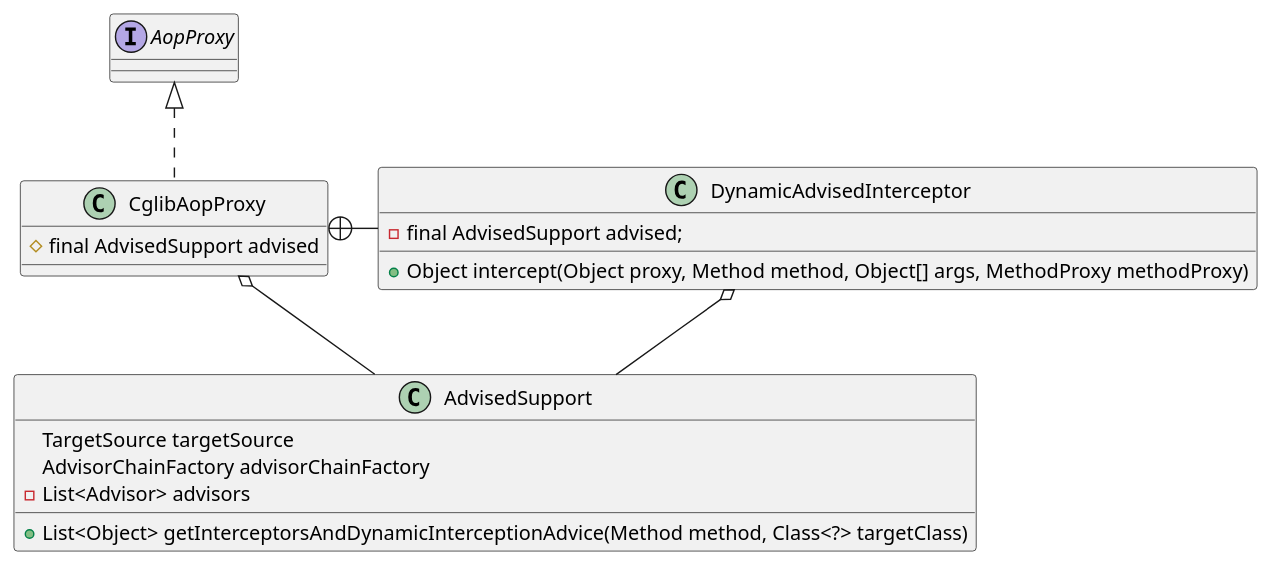
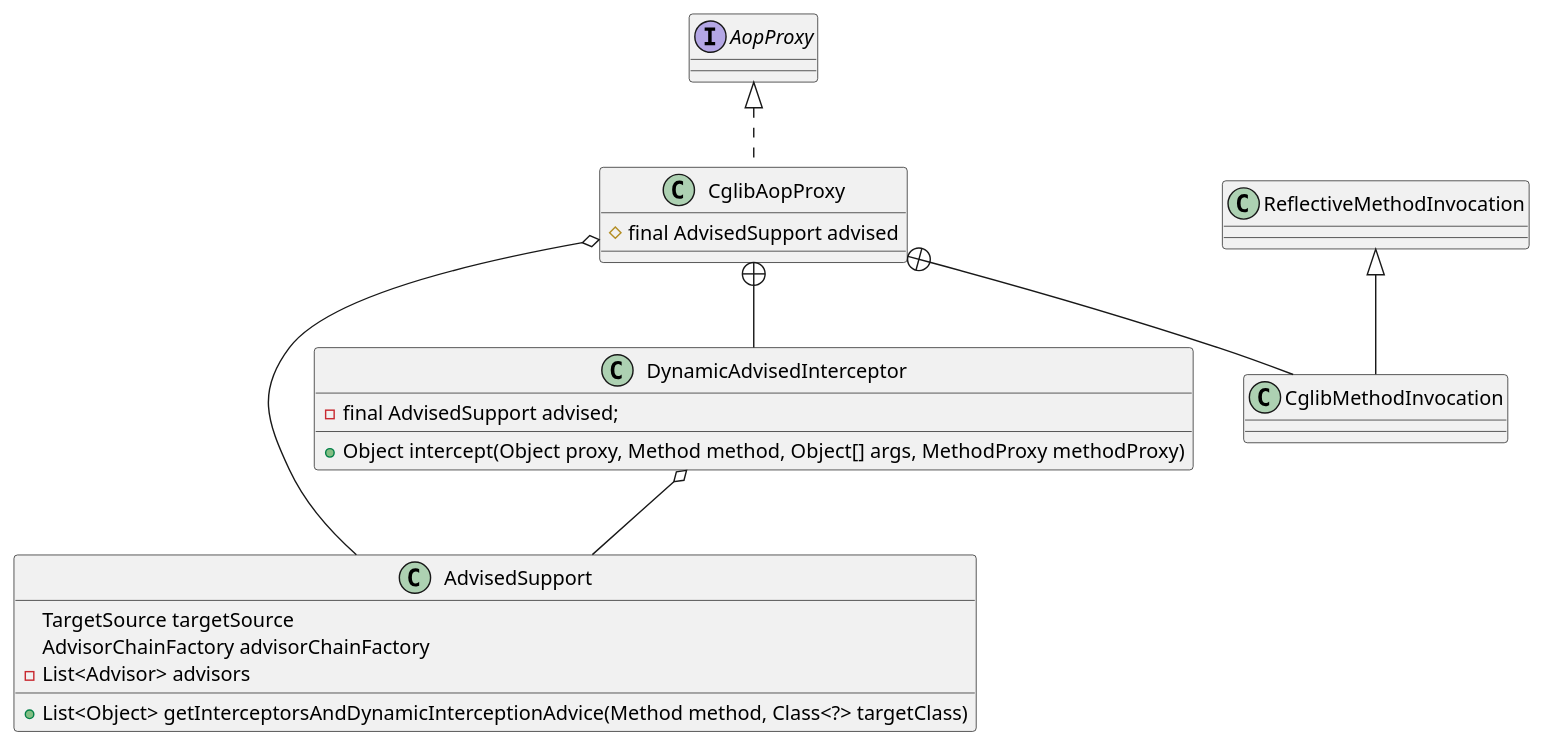
Before and after one commit to onlyonion/development: the diagram in 20-framework/src/spring/spring-aop/framework/CglibAopProxy.md, drawn with PlantUML. The commit also changed other lines of this file and 72 other files, not shown here.

````diff
--- a/20-framework/src/spring/spring-aop/framework/CglibAopProxy.md
+++ b/20-framework/src/spring/spring-aop/framework/CglibAopProxy.md
@@ -3,31 +15,39 @@
 ```plantuml
 @startuml
 
 interface AopProxy
+
+'''''''''''''''''''''''' CglibAopProxy '''''''''''''''''''''''''''''
 class CglibAopProxy {
     # final AdvisedSupport advised
-    
 }
 AopProxy <|.. CglibAopProxy
 
-' 通知支撑
+'''''''''''''''''''''''' 通知支撑 '''''''''''''''''''''''''''''
 class AdvisedSupport {
     TargetSource targetSource
     AdvisorChainFactory advisorChainFactory
     - List<Advisor> advisors
     
     + List<Object> getInterceptorsAndDynamicInterceptionAdvice(Method method, Class<?> targetClass)
 }
 CglibAopProxy o-- AdvisedSupport
 
-
-' 内部类
+'''''''''''''''''''''''' 内部类 '''''''''''''''''''''''''''''
+'''''''''''''''''''''''' DynamicAdvisedInterceptor '''''''''''''''''''''''''''''
 class DynamicAdvisedInterceptor {
     - final AdvisedSupport advised;
     + Object intercept(Object proxy, Method method, Object[] args, MethodProxy methodProxy)
 } 
-CglibAopProxy +- DynamicAdvisedInterceptor
+CglibAopProxy +-- DynamicAdvisedInterceptor
 DynamicAdvisedInterceptor o-- AdvisedSupport
+
+'''''''''''''''''''''''' CglibMethodInvocation '''''''''''''''''''''''''''''
+class ReflectiveMethodInvocation
+class CglibMethodInvocation 
+ReflectiveMethodInvocation <|-- CglibMethodInvocation
+CglibAopProxy +-- CglibMethodInvocation
+
 
 @enduml
 ```
````
